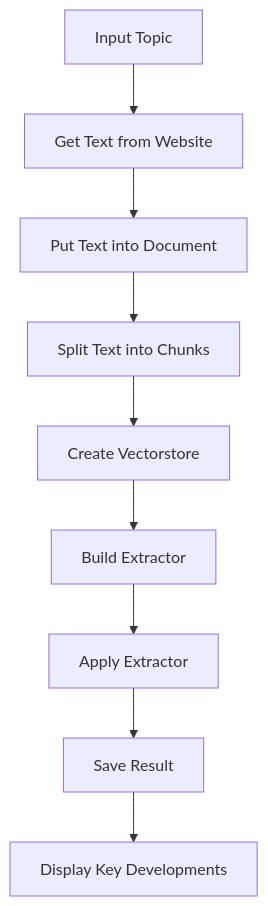
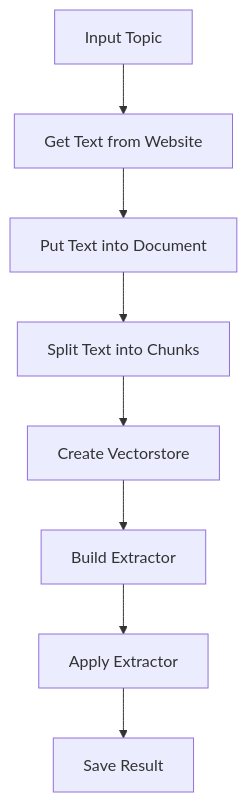
The diagram in timeline_generator/README.md (Patotricks15/Generative-AI-projects), drawn with Mermaid before and after one commit. The commit also changed other lines of this file and 22 other files, not shown here.

````diff
--- a/timeline_generator/README.md
+++ b/timeline_generator/README.md
@@ -11,11 +13,10 @@
 ```mermaid
 flowchart TD
 A[Input Topic] --> B[Get Text from Website]
 B --> C[Put Text into Document]
 C --> D[Split Text into Chunks]
 D --> E[Create Vectorstore]
 E --> F[Build Extractor]
 F --> G[Apply Extractor]
 G --> H[Save Result]
-H --> I[Display Key Developments]
 ```
````
